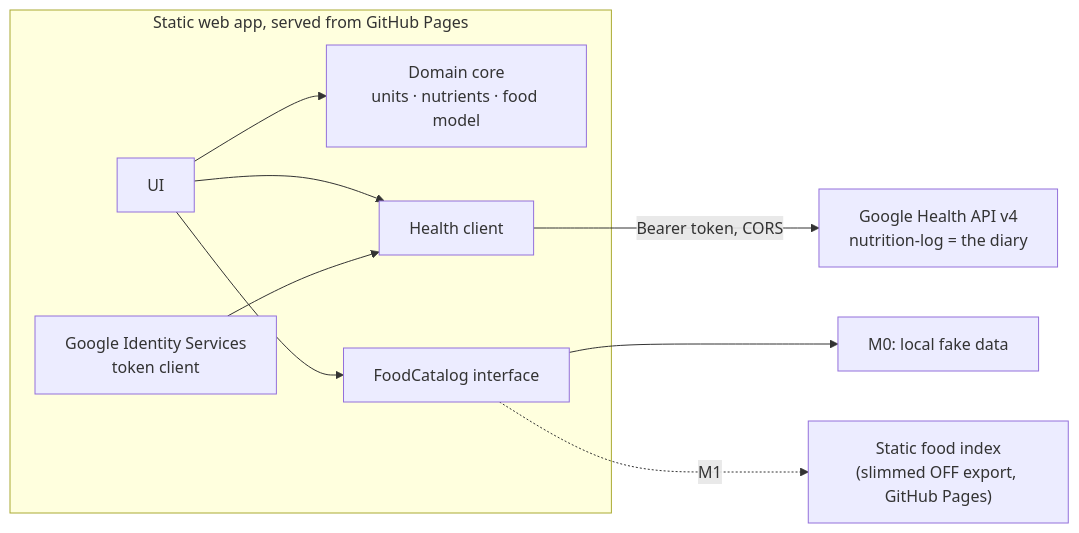
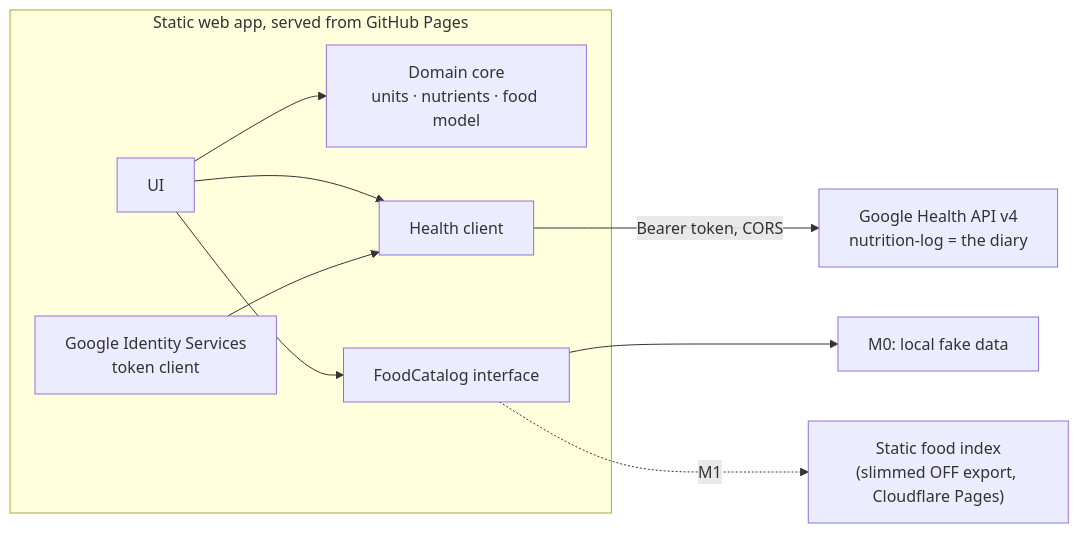
One commit to Froussios/fitbit-nutrition-portal changed the diagram in docs/ARCHITECTURE.md. Above: the diagram before and after it, drawn with Mermaid. The commit also changed other lines of this file and 12 other files, not shown here.

First line of the commit message:
Deploy the food index to Cloudflare Pages

````diff
--- a/docs/ARCHITECTURE.md
+++ b/docs/ARCHITECTURE.md
@@ -40,12 +40,12 @@
 ```mermaid
 flowchart LR
   subgraph Browser["Static web app, served from GitHub Pages"]
     UI["UI"] --> Core["Domain core<br/>units · nutrients · food model"]
     UI --> HC["Health client"]
     UI --> FC["FoodCatalog interface"]
     Auth["Google Identity Services<br/>token client"] --> HC
   end
   HC -- "Bearer token, CORS" --> GHAPI["Google Health API v4<br/>nutrition-log = the diary"]
   FC --> Fake["M0: local fake data"]
-  FC -. "M1" .-> Index["Static food index<br/>(slimmed OFF export, GitHub Pages)"]
+  FC -. "M1" .-> Index["Static food index<br/>(slimmed OFF export, Cloudflare Pages)"]
 ```
````
